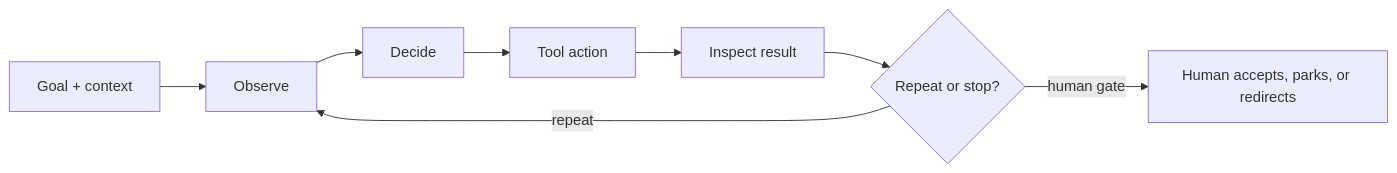
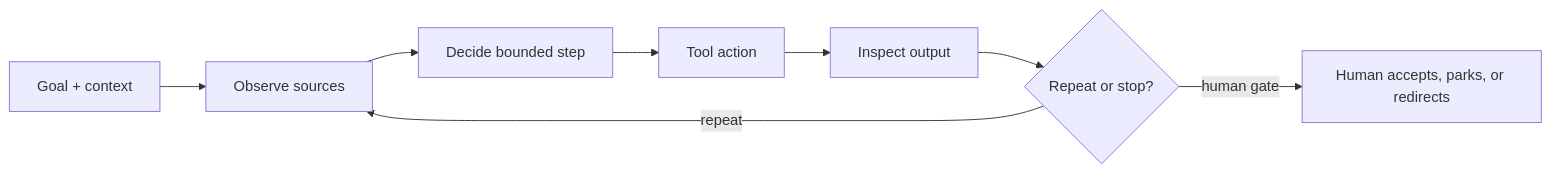
One commit to RyanLisse/aetherlink-training-template changed the diagram in days/day-3.md. Above: the diagram before and after it, drawn with Mermaid. The commit also changed other lines of this file and 7 other files, not shown here.

````diff
--- a/days/day-3.md
+++ b/days/day-3.md
@@ -26,10 +30,10 @@
 ```mermaid
 flowchart LR
-  A[Goal + context] --> B[Observe]
-  B --> C[Decide]
+  A[Goal + context] --> B[Observe sources]
+  B --> C[Decide bounded step]
   C --> D[Tool action]
-  D --> E[Inspect result]
+  D --> E[Inspect output]
   E --> F{Repeat or stop?}
   F -->|repeat| B
   F -->|human gate| G[Human accepts, parks, or redirects]
 ```
````
